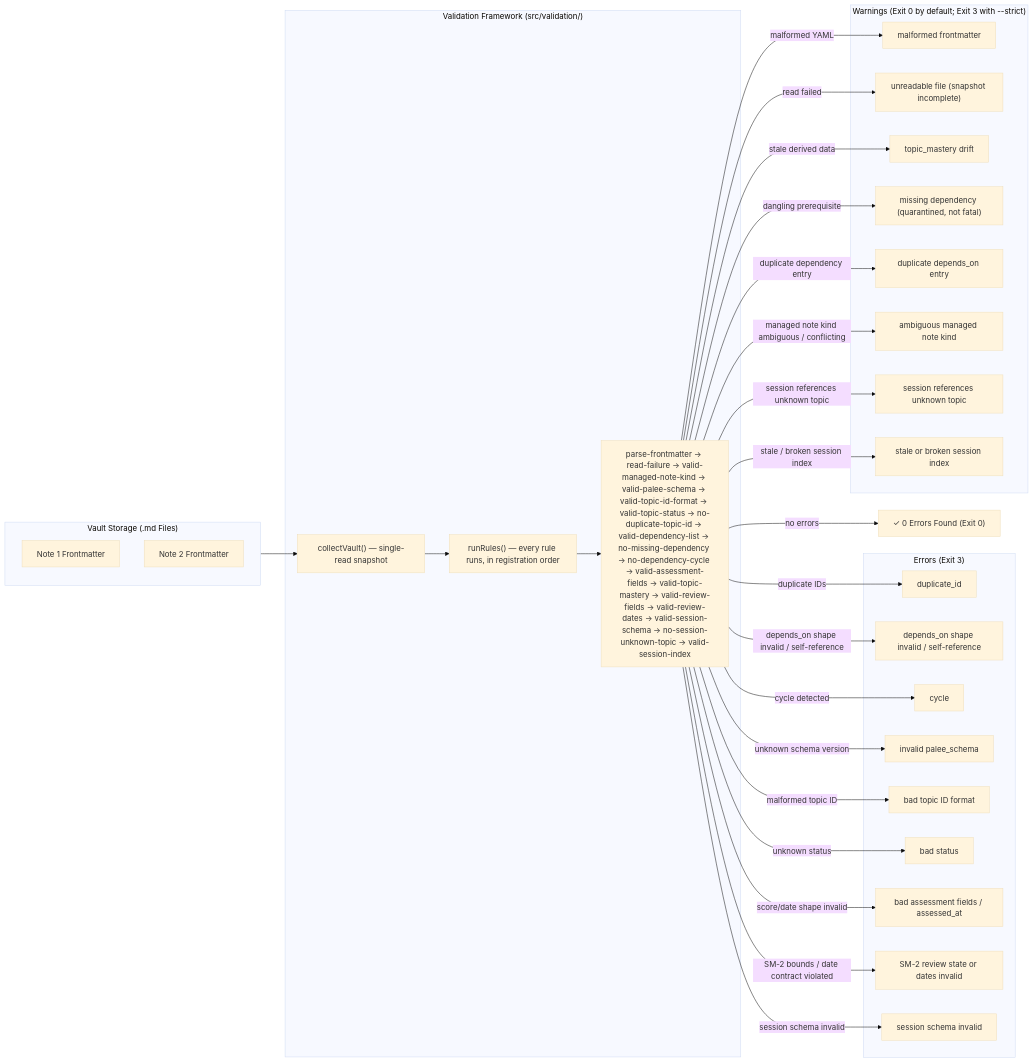
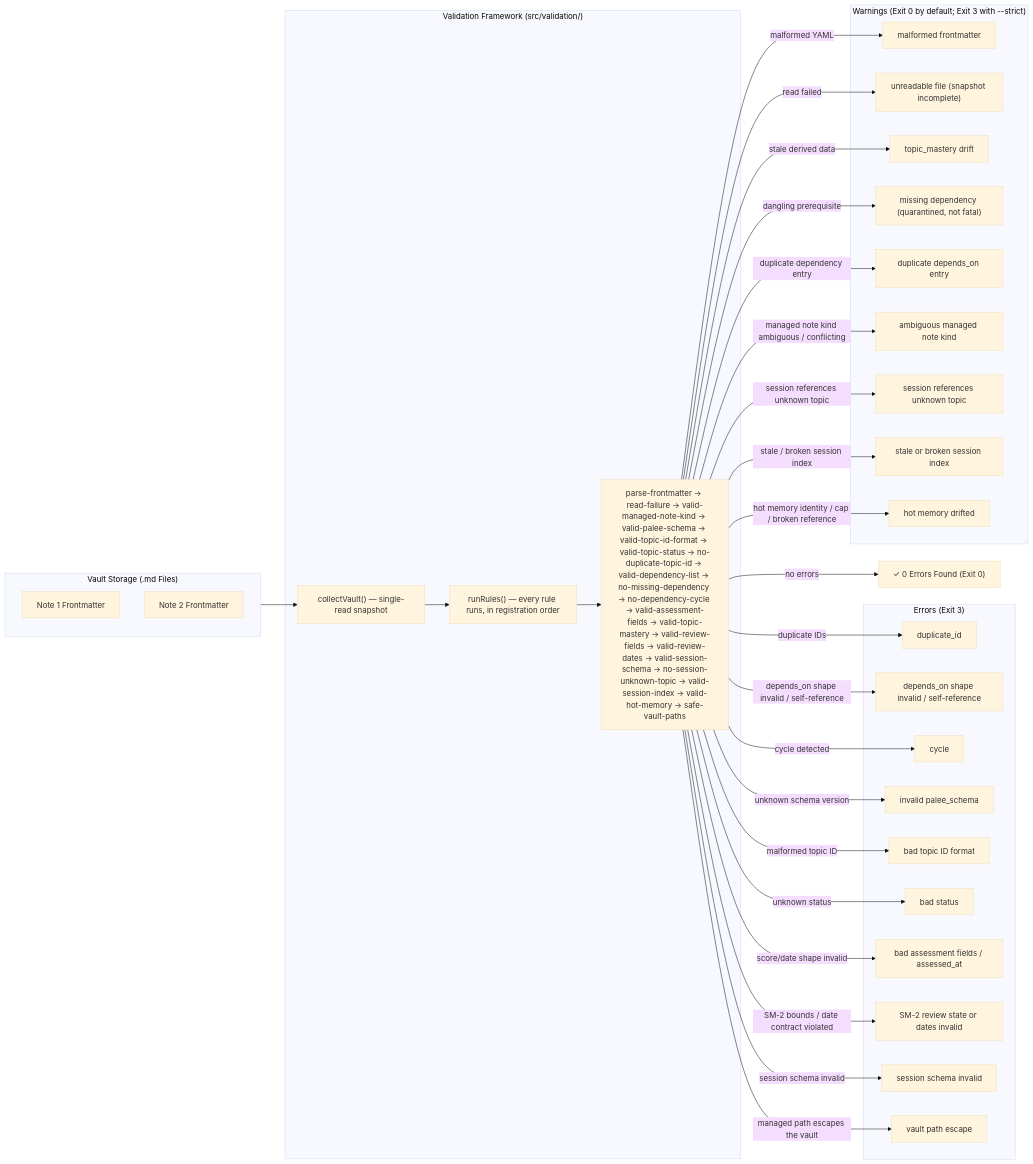
The second of 2 diagrams in docs/02-3-reporting-commands.md (Kuldeep2822k/cli), drawn with Mermaid (base theme) before and after one commit. The commit also changed other lines of this file and 12 other files, not shown here.

First line of the commit message:
feat(validate): add hot-memory and safe-vault-paths rules with shared diagnostic-value rendering (#43 #45 #166) (#169)

````diff
--- a/docs/02-3-reporting-commands.md
+++ b/docs/02-3-reporting-commands.md
@@ -210,58 +214,62 @@
 ```mermaid
 flowchart LR
     subgraph Storage ["Vault Storage (.md Files)"]
         FM1["Note 1 Frontmatter"]
         FM2["Note 2 Frontmatter"]
     end
     
     subgraph Analyzer ["Validation Framework (src/validation/)"]
         Scan["collectVault() — single-read snapshot"]
         Runner["runRules() — every rule runs, in registration order"]
-        Rules["parse-frontmatter → read-failure → valid-managed-note-kind → valid-palee-schema → valid-topic-id-format → valid-topic-status → no-duplicate-topic-id → valid-dependency-list → no-missing-dependency → no-dependency-cycle → valid-assessment-fields → valid-topic-mastery → valid-review-fields → valid-review-dates → valid-session-schema → no-session-unknown-topic → valid-session-index"]
+        Rules["parse-frontmatter → read-failure → valid-managed-note-kind → valid-palee-schema → valid-topic-id-format → valid-topic-status → no-duplicate-topic-id → valid-dependency-list → no-missing-dependency → no-dependency-cycle → valid-assessment-fields → valid-topic-mastery → valid-review-fields → valid-review-dates → valid-session-schema → no-session-unknown-topic → valid-session-index → valid-hot-memory → safe-vault-paths"]
     end
     
     subgraph Errors ["Errors (Exit 3)"]
         ErrDup["duplicate_id"]
         ErrDepShape["depends_on shape invalid / self-reference"]
         ErrCyc["cycle"]
         ErrSchema["invalid palee_schema"]
         ErrId["bad topic ID format"]
         ErrStatus["bad status"]
         ErrAssess["bad assessment fields / assessed_at"]
         ErrReview["SM-2 review state or dates invalid"]
         ErrSession["session schema invalid"]
+        ErrPaths["vault path escape"]
     end
 
     subgraph Warnings ["Warnings (Exit 0 by default; Exit 3 with --strict)"]
         WarnParse["malformed frontmatter"]
         WarnRead["unreadable file (snapshot incomplete)"]
         WarnMastery["topic_mastery drift"]
         WarnMiss["missing dependency (quarantined, not fatal)"]
         WarnDepDup["duplicate depends_on entry"]
         WarnKind["ambiguous managed note kind"]
         WarnSessionTopic["session references unknown topic"]
         WarnIndex["stale or broken session index"]
+        WarnHot["hot memory drifted"]
     end
     
     Storage --> Scan
     Scan --> Runner
     Runner --> Rules
     Rules -->|"duplicate IDs"| ErrDup
     Rules -->|"dangling prerequisite"| WarnMiss
     Rules -->|"depends_on shape invalid / self-reference"| ErrDepShape
     Rules -->|"cycle detected"| ErrCyc
     Rules -->|"unknown schema version"| ErrSchema
     Rules -->|"malformed topic ID"| ErrId
     Rules -->|"unknown status"| ErrStatus
     Rules -->|"score/date shape invalid"| ErrAssess
     Rules -->|"SM-2 bounds / date contract violated"| ErrReview
     Rules -->|"duplicate dependency entry"| WarnDepDup
     Rules -->|"managed note kind ambiguous / conflicting"| WarnKind
     Rules -->|"session schema invalid"| ErrSession
     Rules -->|"session references unknown topic"| WarnSessionTopic
     Rules -->|"stale / broken session index"| WarnIndex
+    Rules -->|"hot memory identity / cap / broken reference"| WarnHot
+    Rules -->|"managed path escapes the vault"| ErrPaths
     Rules -->|"malformed YAML"| WarnParse
     Rules -->|"read failed"| WarnRead
     Rules -->|"stale derived data"| WarnMastery
     Rules -->|"no errors"| Success["✓ 0 Errors Found (Exit 0)"]
 ```
````
